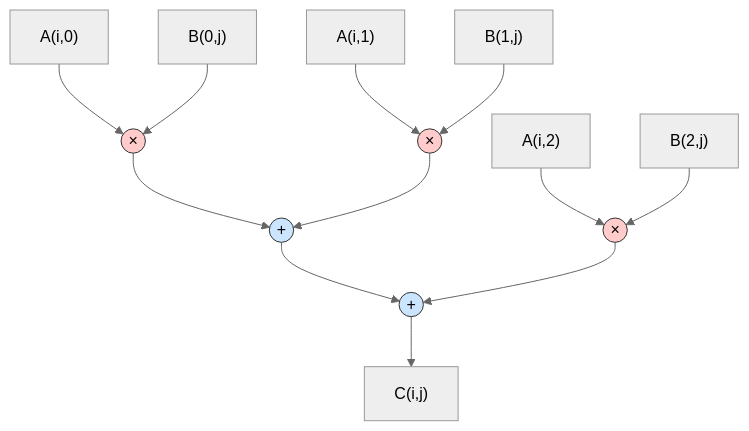
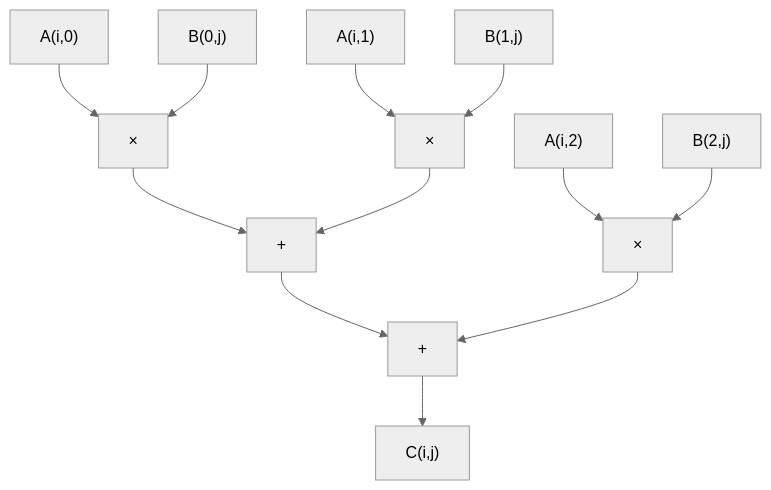
The second of 3 diagrams in README.md (siddhaantxsingh/Comparative-Analysis-Of-Different-Kind-of-Matrix-Multipliers-Using-Verilog), drawn with Mermaid (neutral theme) before and after one commit. The commit also changed other lines of this file, not shown here.

````diff
--- a/README.md
+++ b/README.md
@@ -59,20 +55,17 @@
 ```mermaid
 flowchart TB
-    classDef mul fill:#ffcccb,stroke:#333;
-    classDef add fill:#cce5ff,stroke:#333;
-
-    A0["A(i,0)"] --> M0((×)):::mul
+    A0["A(i,0)"] --> M0["×"]
     B0["B(0,j)"] --> M0
 
-    A1["A(i,1)"] --> M1((×)):::mul
+    A1["A(i,1)"] --> M1["×"]
     B1["B(1,j)"] --> M1
 
-    A2["A(i,2)"] --> M2((×)):::mul
+    A2["A(i,2)"] --> M2["×"]
     B2["B(2,j)"] --> M2
 
-    M0 --> S1((+)):::add
+    M0 --> S1["+"]
     M1 --> S1
-    S1 --> S2((+)):::add
+    S1 --> S2["+"]
     M2 --> S2
     S2 --> OUT["C(i,j)"]
 ```
````
